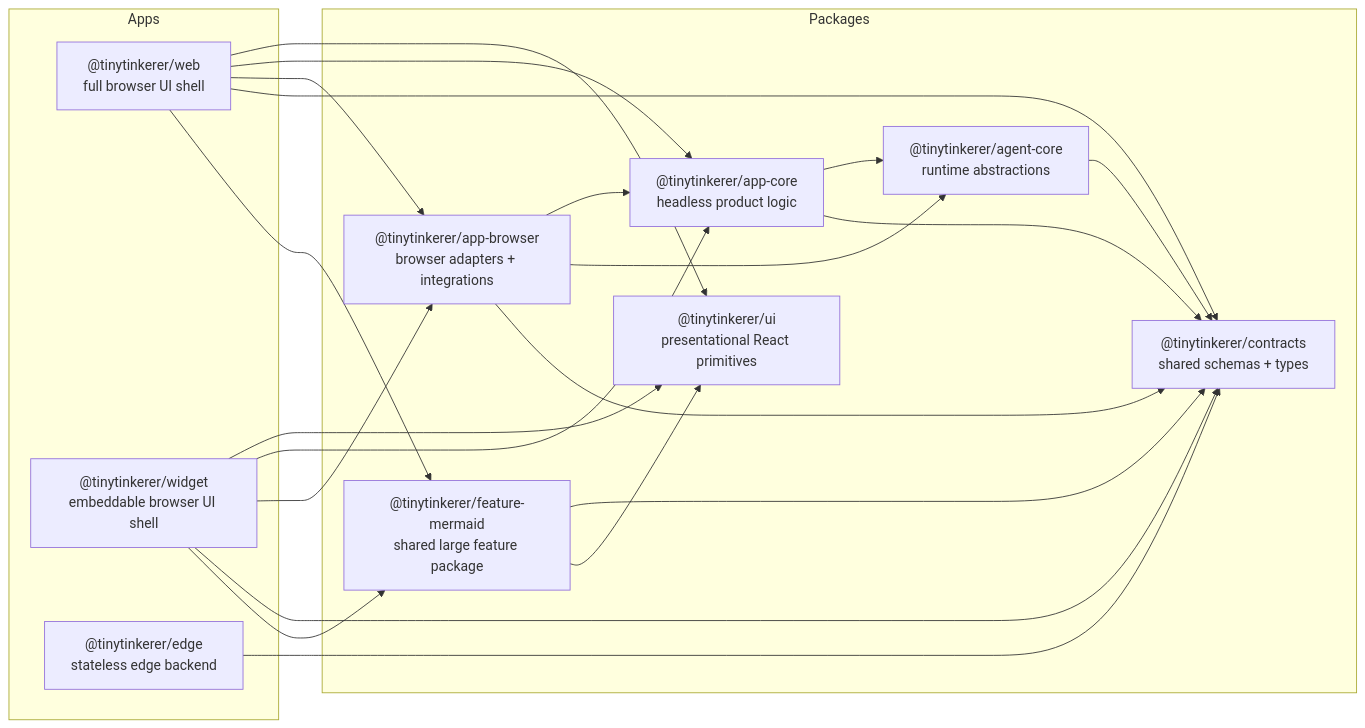
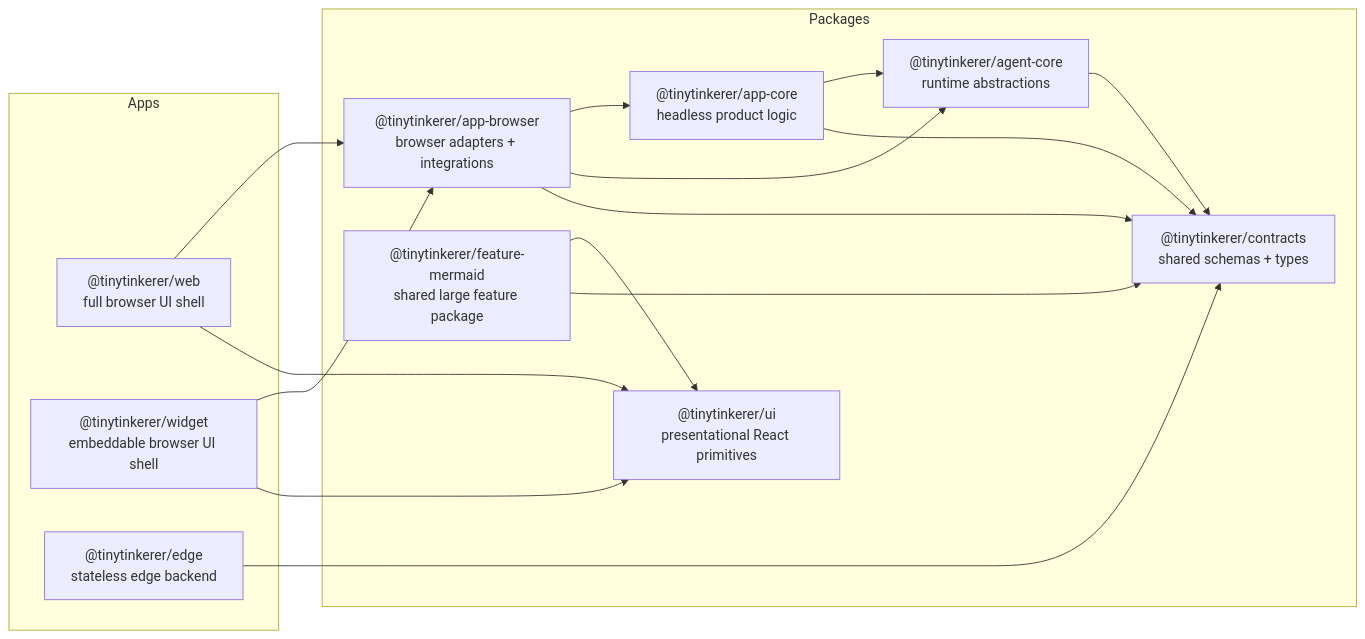
Before and after one commit to NNTin/tinytinkerer: the diagram in docs/ARCHITECTURE.md, drawn with Mermaid. The commit also changed other lines of this file and 2 other files, not shown here.

Commit message:
docs: refined architecture plan

````diff
--- a/docs/ARCHITECTURE.md
+++ b/docs/ARCHITECTURE.md
@@ -17,43 +17,37 @@
 ```mermaid
 flowchart LR
   subgraph Apps
     web["@tinytinkerer/web<br/>full browser UI shell"]
     widget["@tinytinkerer/widget<br/>embeddable browser UI shell"]
     edge["@tinytinkerer/edge<br/>stateless edge backend"]
   end
 
   subgraph Packages
     contracts["@tinytinkerer/contracts<br/>shared schemas + types"]
     agent["@tinytinkerer/agent-core<br/>runtime abstractions"]
     appcore["@tinytinkerer/app-core<br/>headless product logic"]
     appbrowser["@tinytinkerer/app-browser<br/>browser adapters + integrations"]
     ui["@tinytinkerer/ui<br/>presentational React primitives"]
     mermaid["@tinytinkerer/feature-mermaid<br/>shared large feature package"]
   end
 
+  web --> appbrowser
   web --> ui
-  web --> appcore
-  web --> appbrowser
-  web --> contracts
-  web --> mermaid
 
+  widget --> appbrowser
   widget --> ui
-  widget --> appcore
-  widget --> appbrowser
-  widget --> contracts
-  widget --> mermaid
 
   edge --> contracts
 
   appcore --> agent
   appcore --> contracts
 
   appbrowser --> appcore
   appbrowser --> agent
   appbrowser --> contracts
 
+  mermaid --> ui
   mermaid --> contracts
-  mermaid --> ui
 
   agent --> contracts
 ```
````
